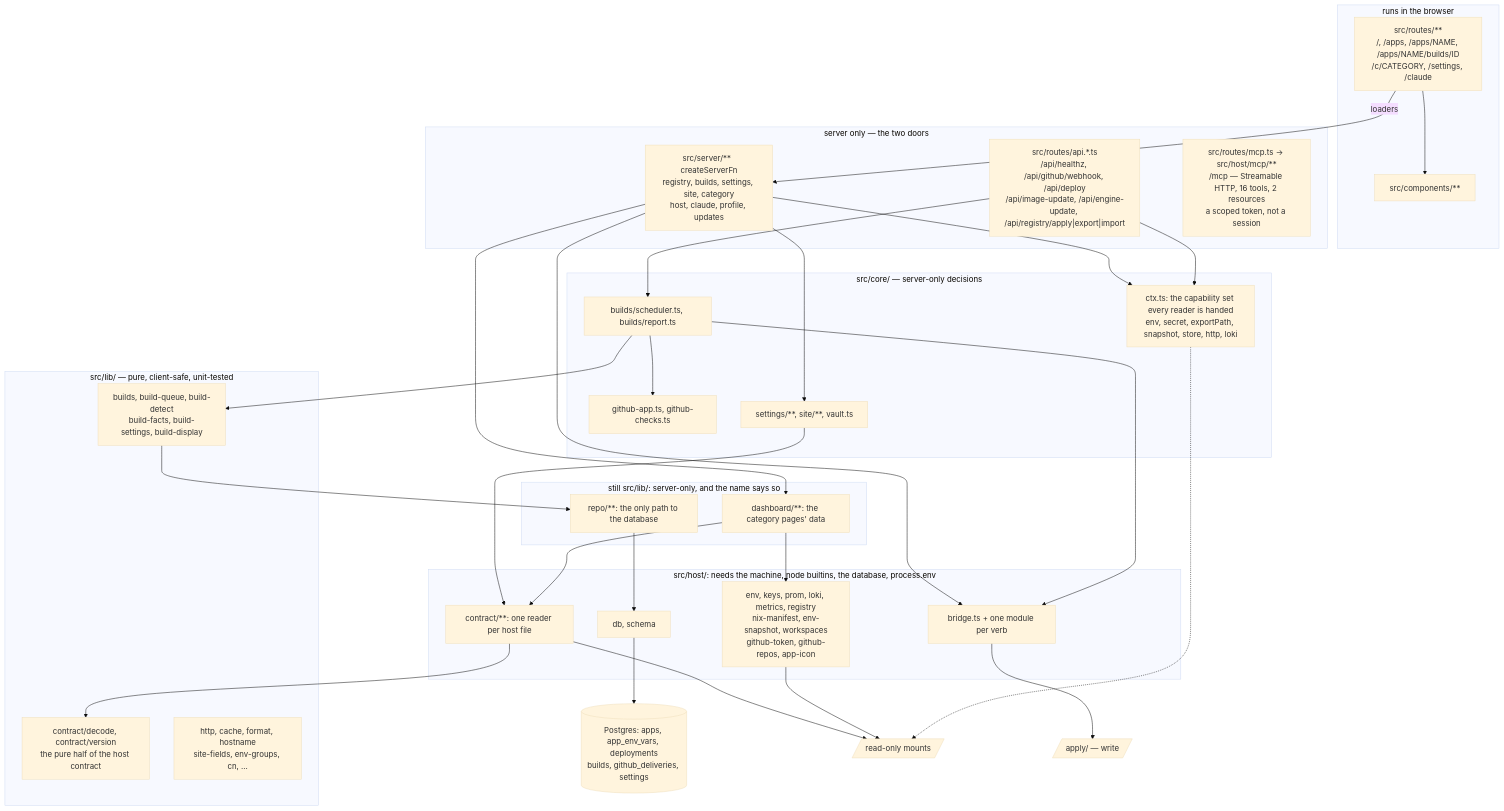
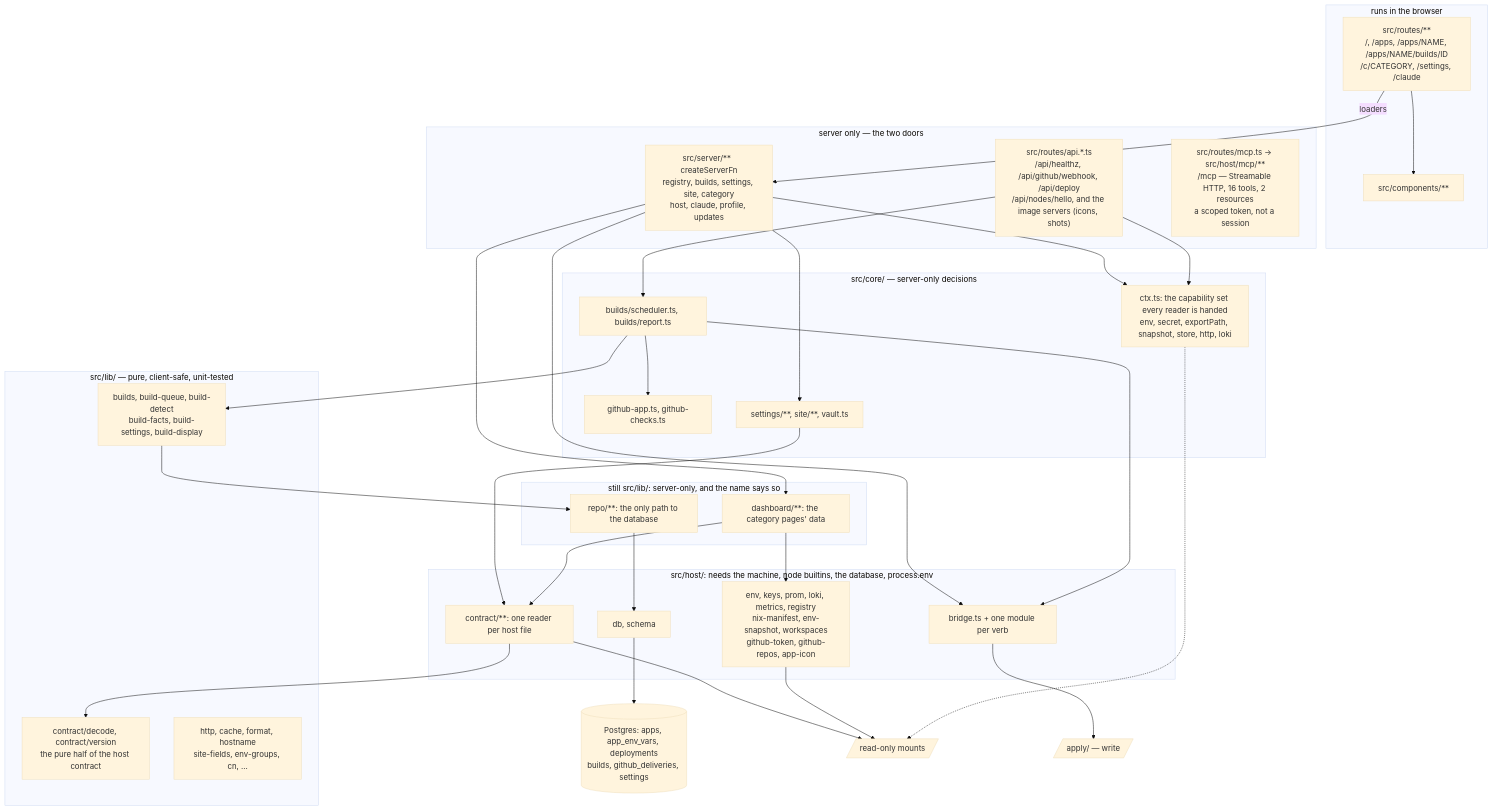
Before and after one commit to santiagotoscanini/daedalus: the fourth of 5 diagrams in ARCHITECTURE.md, drawn with Mermaid (base theme). The commit also changed 24 other files, not shown here.

````diff
--- a/ARCHITECTURE.md
+++ b/ARCHITECTURE.md
@@ -220,64 +220,64 @@
 ```mermaid
 flowchart TB
   subgraph client["runs in the browser"]
     Routes["src/routes/**<br/>/, /apps, /apps/NAME, /apps/NAME/builds/ID<br/>/c/CATEGORY, /settings, /claude"]
     Comps["src/components/**"]
   end
 
   subgraph edge["server only — the two doors"]
     Srv["src/server/**  createServerFn<br/>registry, builds, settings, site, category<br/>host, claude, profile, updates"]
-    Api["src/routes/api.*.ts<br/>/api/healthz, /api/github/webhook, /api/deploy<br/>/api/image-update, /api/engine-update, /api/registry/apply|export|import"]
+    Api["src/routes/api.*.ts<br/>/api/healthz, /api/github/webhook, /api/deploy<br/>/api/nodes/hello, and the image servers (icons, shots)"]
     Mcp["src/routes/mcp.ts → src/host/mcp/**<br/>/mcp — Streamable HTTP, 16 tools, 2 resources<br/>a scoped token, not a session"]
   end
 
   subgraph core["src/core/ — server-only decisions"]
     Ctx["ctx.ts: the capability set every reader is handed<br/>env, secret, exportPath, snapshot, store, http, loki"]
     Bld["builds/scheduler.ts, builds/report.ts"]
     Ghc["github-app.ts, github-checks.ts"]
     Set["settings/**, site/**, vault.ts"]
   end
 
   subgraph lib["src/lib/ — pure, client-safe, unit-tested"]
     BuildLib["builds, build-queue, build-detect<br/>build-facts, build-settings, build-display"]
     Decode["contract/decode, contract/version<br/>the pure half of the host contract"]
     Shared["http, cache, format, hostname<br/>site-fields, env-groups, cn, ..."]
   end
 
   subgraph named["still src/lib/: server-only, and the name says so"]
     Repo["repo/**: the only path to the database"]
     Dash["dashboard/**: the category pages' data"]
   end
 
   subgraph host["src/host/: needs the machine, node builtins, the database, process.env"]
     Bridges["bridge.ts + one module per verb"]
     Contract["contract/**: one reader per host file"]
     Dbm["db, schema"]
     Clients["env, keys, prom, loki, metrics, registry<br/>nix-manifest, env-snapshot, workspaces<br/>github-token, github-repos, app-icon"]
   end
 
   DB[("Postgres: apps, app_env_vars, deployments<br/>builds, github_deliveries, settings")]
   Snap[/"read-only mounts"/]
   Apply[/"apply/ — write"/]
 
   Routes --> Comps
   Routes -- "loaders" --> Srv
   Srv --> Ctx
   Api --> Ctx
   Srv --> Bridges
   Srv --> Set
   Srv --> Dash
   Api --> Bld
   Bld --> BuildLib
   Bld --> Ghc
   Bld --> Bridges
   BuildLib --> Repo
   Set --> Contract
   Dash --> Contract
   Dash --> Clients
   Repo --> Dbm --> DB
   Contract --> Decode
   Contract --> Snap
   Clients --> Snap
   Bridges --> Apply
   Ctx -.-> Snap
 ```
````
